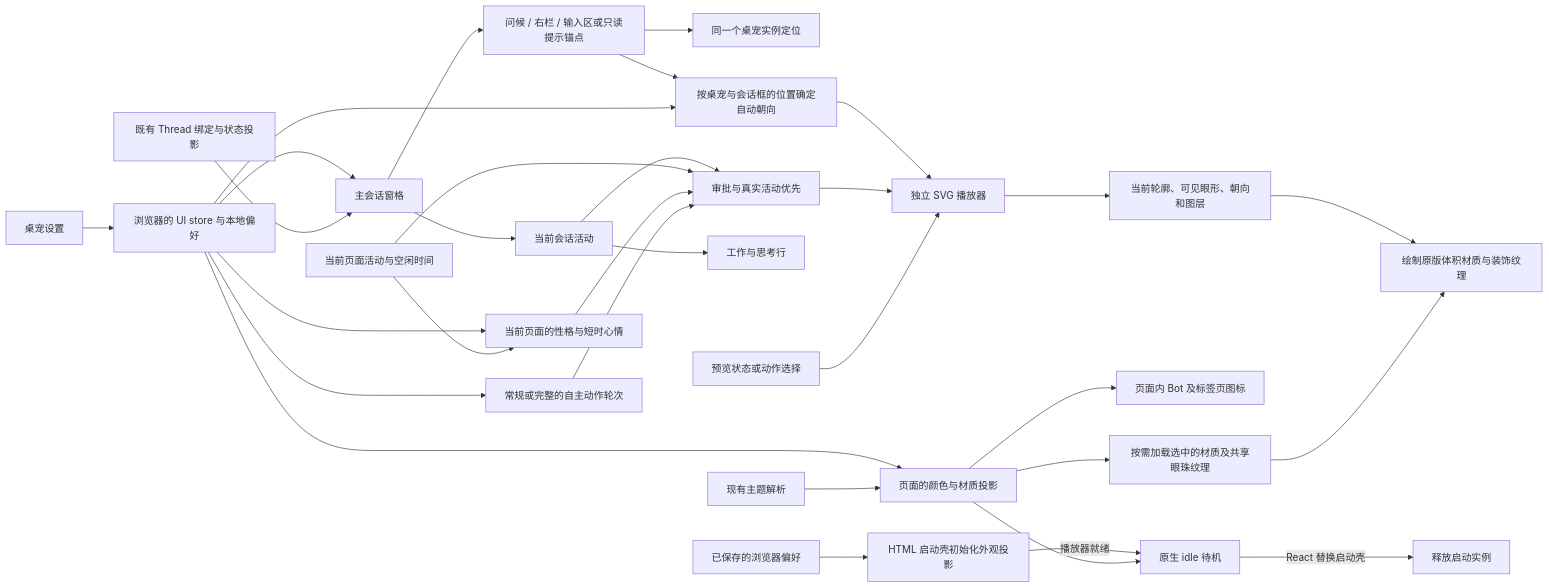
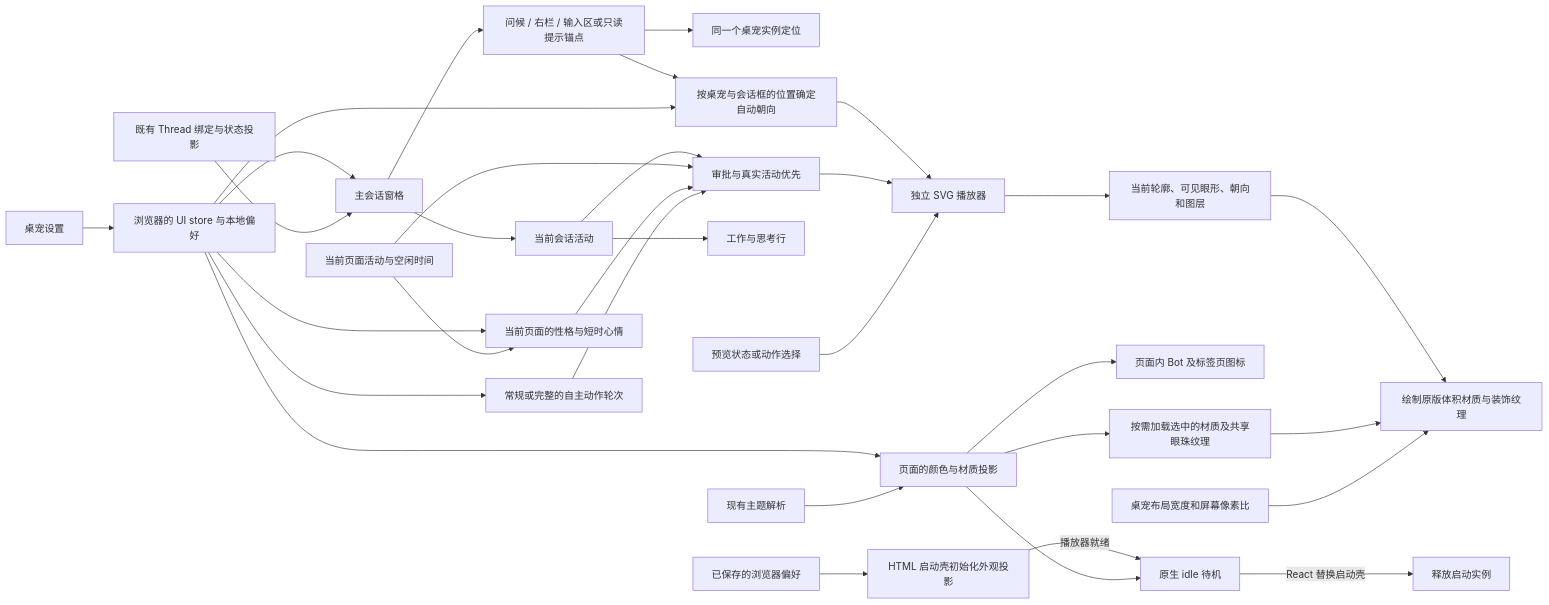
The diagram in specs/selfhost-codex/brand-and-conversation-pet.md (LiangLiang723/codex-web), drawn with Mermaid before and after one commit. The commit also changed other lines of this file and 2 other files, not shown here.

````diff
--- a/specs/selfhost-codex/brand-and-conversation-pet.md
+++ b/specs/selfhost-codex/brand-and-conversation-pet.md
@@ -34,33 +35,34 @@
 ```mermaid
 flowchart LR
   Settings[桌宠设置] --> Preference[浏览器的 UI store 与本地偏好]
   Preference --> Pane[主会话窗格]
   Preference --> Appearance[页面的颜色与材质投影]
   Appearance --> Material[按需加载选中的材质及共享眼珠纹理]
   Appearance --> Mark[页面内 Bot 及标签页图标]
   Runtime[既有 Thread 绑定与状态投影] --> Pane
   Pane --> Anchor[问候 / 右栏 / 输入区或只读提示锚点]
   Anchor --> Pet[同一个桌宠实例定位]
   Anchor --> Facing[按桌宠与会话框的位置确定自动朝向]
   Preference --> Facing
   Facing --> Player
   Pane --> Activity[当前会话活动]
   Activity --> Motion[审批与真实活动优先]
   Gesture[当前页面活动与空闲时间] --> Motion
   Motion --> Player[独立 SVG 播放器]
   Player --> Geometry[当前轮廓、可见眼形、朝向和图层]
   Geometry --> Paint[绘制原版体积材质与装饰纹理]
   Material --> Paint
+  Layout[桌宠布局宽度和屏幕像素比] --> Paint
   Activity --> Summary[工作与思考行]
   Preference --> Mood[当前页面的性格与短时心情]
   Gesture --> Mood
   Mood --> Motion
   Preference --> Repertoire[常规或完整的自主动作轮次]
   Repertoire --> Motion
   Preset[预览状态或动作选择] --> Player
   Theme[现有主题解析] --> Appearance
   Saved[已保存的浏览器偏好] --> Startup[HTML 启动壳初始化外观投影]
   Startup -->|播放器就绪| Loading[原生 idle 待机]
   Appearance --> Loading
   Loading -->|React 替换启动壳| Dispose[释放启动实例]
 ```
````
